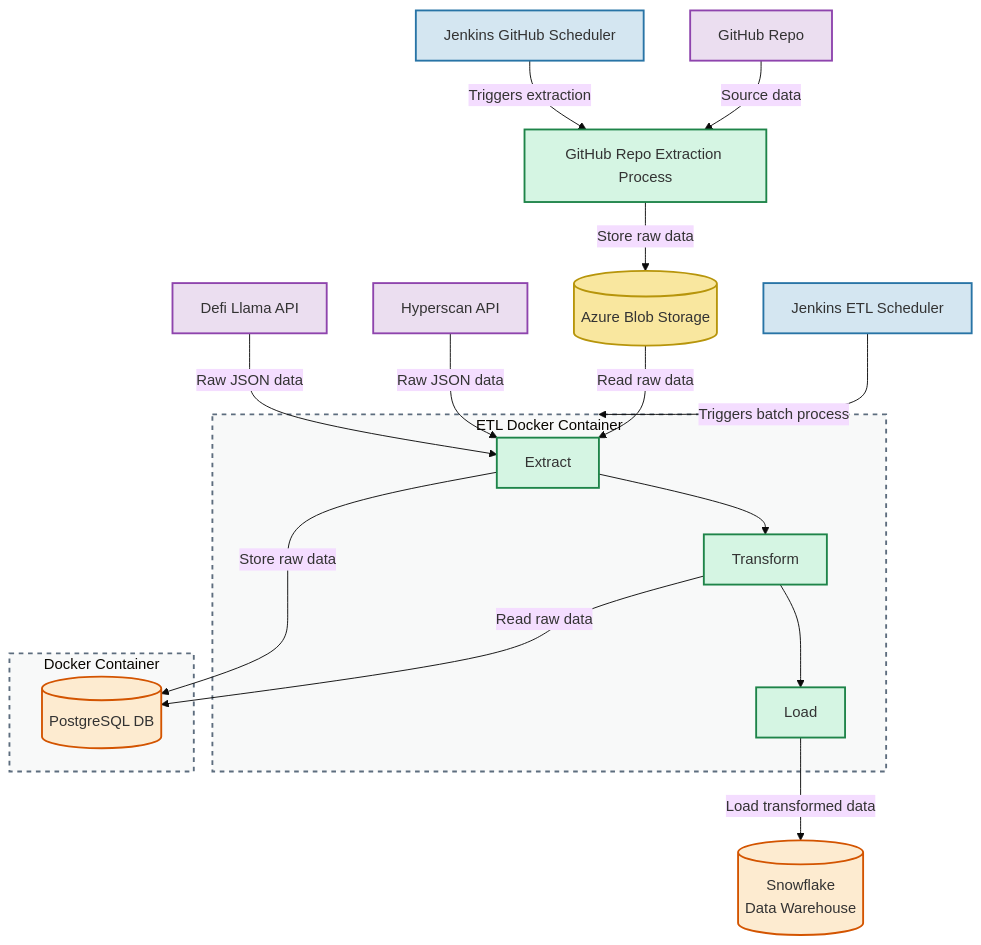
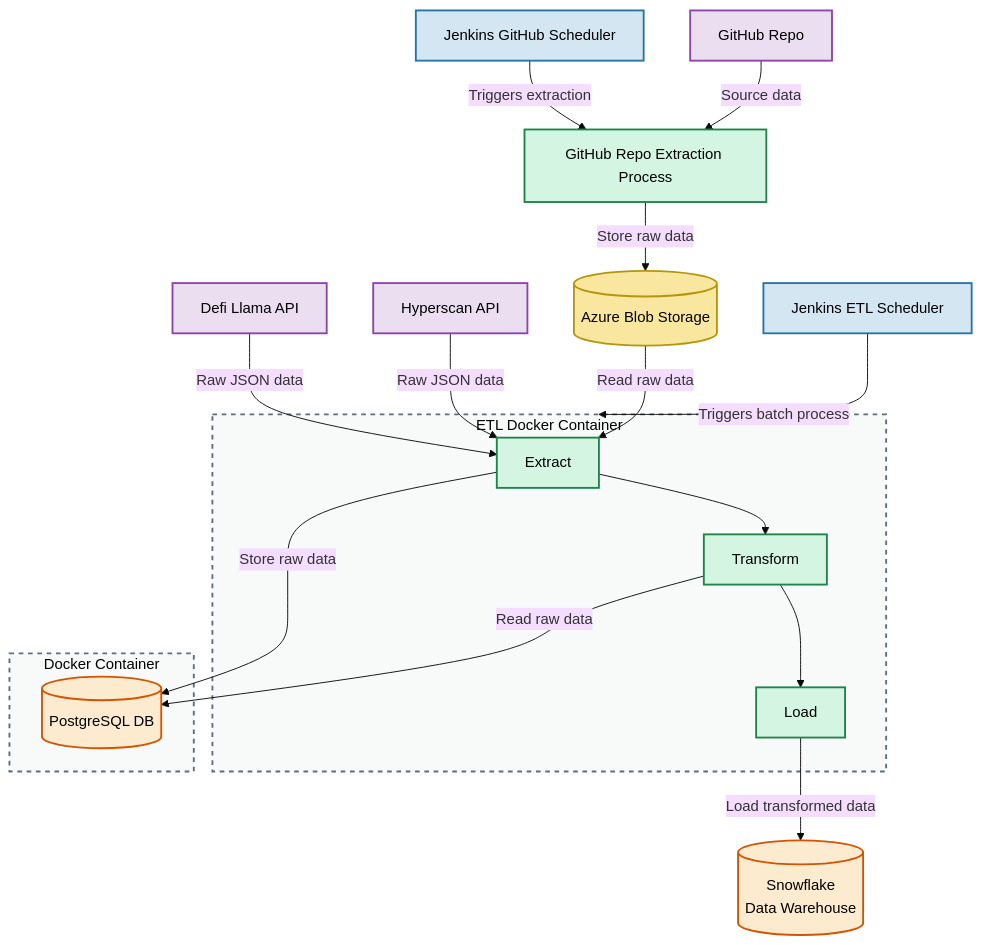
One commit to jakobsym/hl_protocol_pipeline changed the diagram in README.md. Above: the diagram before and after it, drawn with Mermaid (base theme).

Commit message:
more readble version

````diff
--- a/README.md
+++ b/README.md
@@ -5,55 +5,55 @@
 ```mermaid
 flowchart TD
     %% Main schedulers
     JenkinsETL["Jenkins ETL Scheduler"]
     JenkinsGit["Jenkins GitHub Scheduler"]
     
     subgraph ETLContainer["ETL Docker Container"]
         E["Extract"] --> T["Transform"]
         T --> L["Load"]
     end
     
     subgraph PostgresContainer["Docker Container"]
         PostgreSQL[("PostgreSQL DB")]
     end
     
     %% Storage components
     AzureBlob[("Azure Blob Storage")]
     
     %% External components
     FinAPI1["Defi Llama API"]
     FinAPI2["Hyperscan API"] 
     GitHubRepo["GitHub Repo"]
     GitHubExtract["GitHub Repo Extraction Process"]
     Snowflake[("Snowflake\nData Warehouse")]
     
     %% Relationships
     JenkinsETL -->|"Triggers batch process"| ETLContainer
     JenkinsGit -->|"Triggers extraction"| GitHubExtract
     
     FinAPI1 -->|"Raw JSON data"| E
     FinAPI2 -->|"Raw JSON data"| E
     
     GitHubRepo -->|"Source data"| GitHubExtract
     GitHubExtract -->|"Store raw data"| AzureBlob
     AzureBlob -->|"Read raw data"| E
     
     E -->|"Store raw data"| PostgreSQL
     T -->|"Read raw data"| PostgreSQL
     L -->|"Load transformed data"| Snowflake
     
-    %% Styling with more subdued colors
-    classDef scheduler fill:#d4e6f1,stroke:#2874a6,stroke-width:2px
-    classDef process fill:#d5f5e3,stroke:#1e8449,stroke-width:2px
-    classDef database fill:#fdebd0,stroke:#d35400,stroke-width:2px
-    classDef storage fill:#f9e79f,stroke:#b7950b,stroke-width:2px
-    classDef external fill:#ebdef0,stroke:#8e44ad,stroke-width:2px
-    classDef container fill:#f8f9f9,stroke:#5d6d7e,stroke-width:2px,stroke-dasharray:5
+    %% Styling with black text
+    classDef scheduler fill:#d4e6f1,stroke:#2874a6,stroke-width:2px,color:#000000
+    classDef process fill:#d5f5e3,stroke:#1e8449,stroke-width:2px,color:#000000
+    classDef database fill:#fdebd0,stroke:#d35400,stroke-width:2px,color:#000000
+    classDef storage fill:#f9e79f,stroke:#b7950b,stroke-width:2px,color:#000000
+    classDef external fill:#ebdef0,stroke:#8e44ad,stroke-width:2px,color:#000000
+    classDef container fill:#f8f9f9,stroke:#5d6d7e,stroke-width:2px,stroke-dasharray:5,color:#000000
     
     class JenkinsETL,JenkinsGit scheduler
     class E,T,L,GitHubExtract process
     class PostgreSQL,Snowflake database
     class AzureBlob storage
     class FinAPI1,FinAPI2,GitHubRepo external
     class ETLContainer,PostgresContainer container
 ```
````
